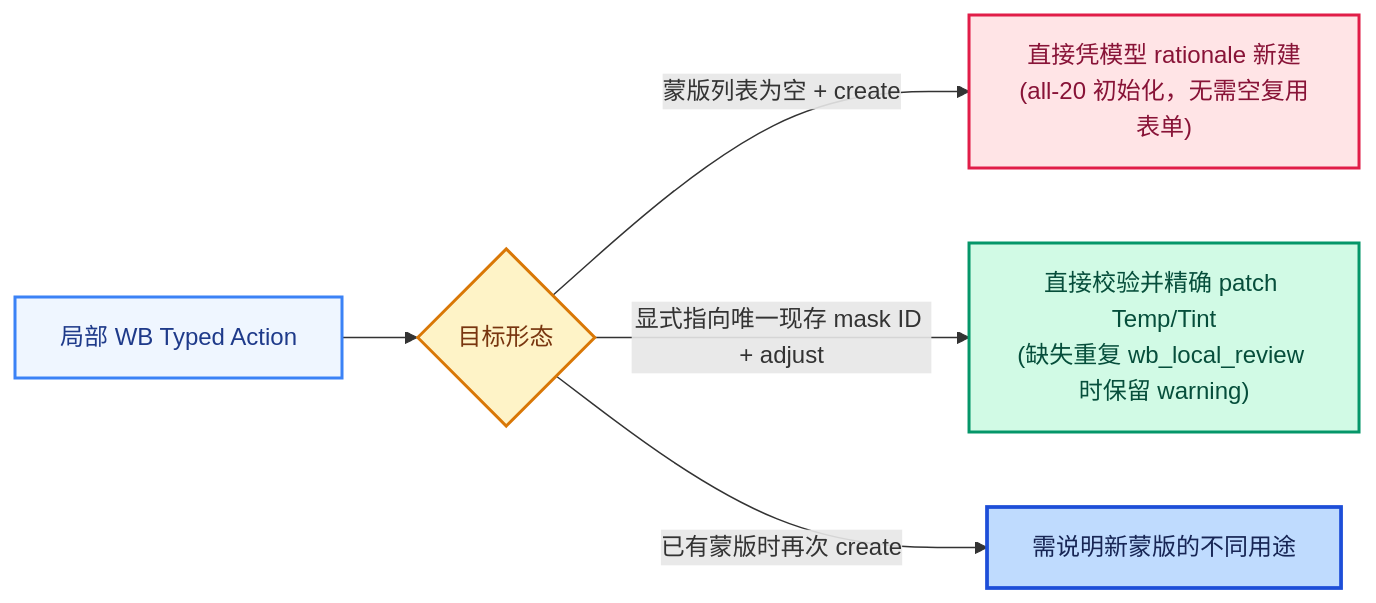
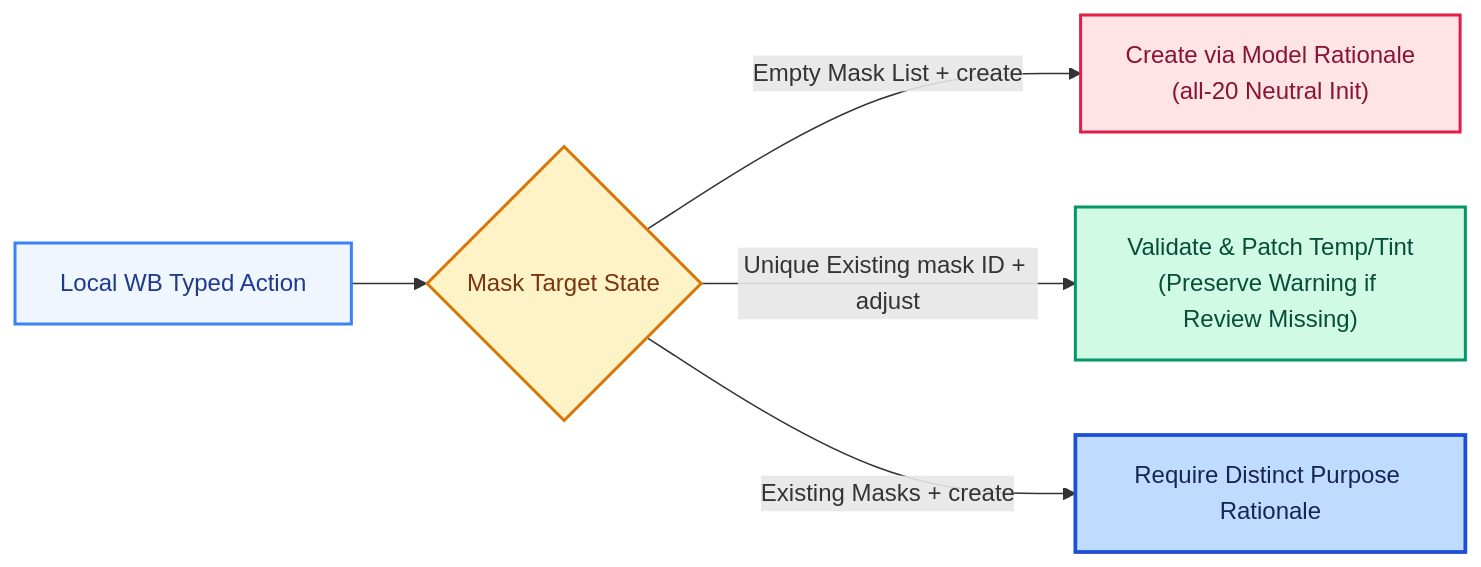
The diagram in docs/white-balance-v20.md (ARCHIC001/RetouchAgain), drawn with Mermaid before and after one commit. The commit also changed 4 other files, not shown here.

````diff
--- a/docs/white-balance-v20.md
+++ b/docs/white-balance-v20.md
@@ -25,13 +25,13 @@
 ```mermaid
 flowchart LR
     classDef flowStart fill:#eff6ff,stroke:#3b82f6,color:#1e3a8a,stroke-width:2px
     classDef flowEnd fill:#bfdbfe,stroke:#1d4ed8,color:#172554,stroke-width:2.5px
     classDef origVisual fill:#fef3c7,stroke:#d97706,color:#78350f,stroke-width:2px
     classDef origMemory fill:#d1fae5,stroke:#059669,color:#064e3b,stroke-width:2px
     classDef origGuard fill:#ffe4e6,stroke:#e11d48,color:#881337,stroke-width:2px
 
-    Action["局部 WB Typed Action"]:::flowStart --> Case{"目标形态"}:::origVisual
-    Case -->|"蒙版列表为空 + create"| Create["直接凭模型 rationale 新建<br/>(all-20 初始化，无需空复用表单)"]:::origGuard
-    Case -->|"显式指向唯一现存 mask ID + adjust"| Adjust["直接校验并精确 patch Temp/Tint<br/>(缺失重复 wb_local_review 时保留 warning)"]:::origMemory
-    Case -->|"已有蒙版时再次 create"| New["需说明新蒙版的不同用途"]:::flowEnd
+    Action["Local WB Typed Action"]:::flowStart --> Case{"Mask Target State"}:::origVisual
+    Case -->|"Empty Mask List + create"| Create["Create via Model Rationale<br/>(all-20 Neutral Init)"]:::origGuard
+    Case -->|"Unique Existing mask ID + adjust"| Adjust["Validate & Patch Temp/Tint<br/>(Preserve Warning if Review Missing)"]:::origMemory
+    Case -->|"Existing Masks + create"| New["Require Distinct Purpose Rationale"]:::flowEnd
 ```
````
